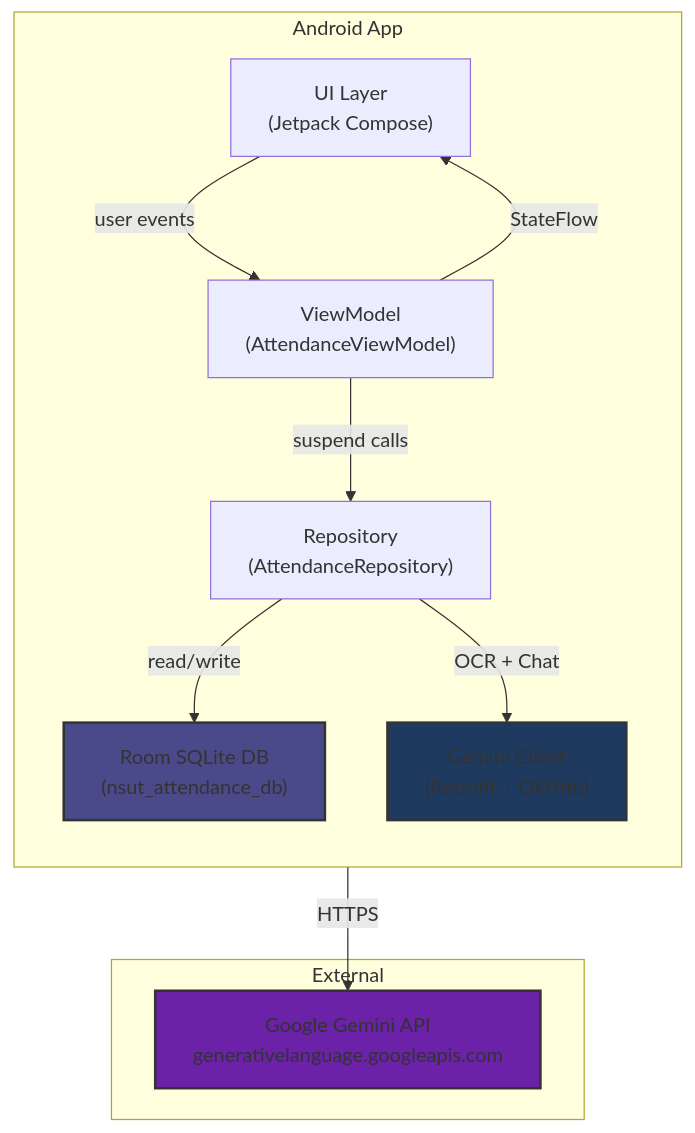
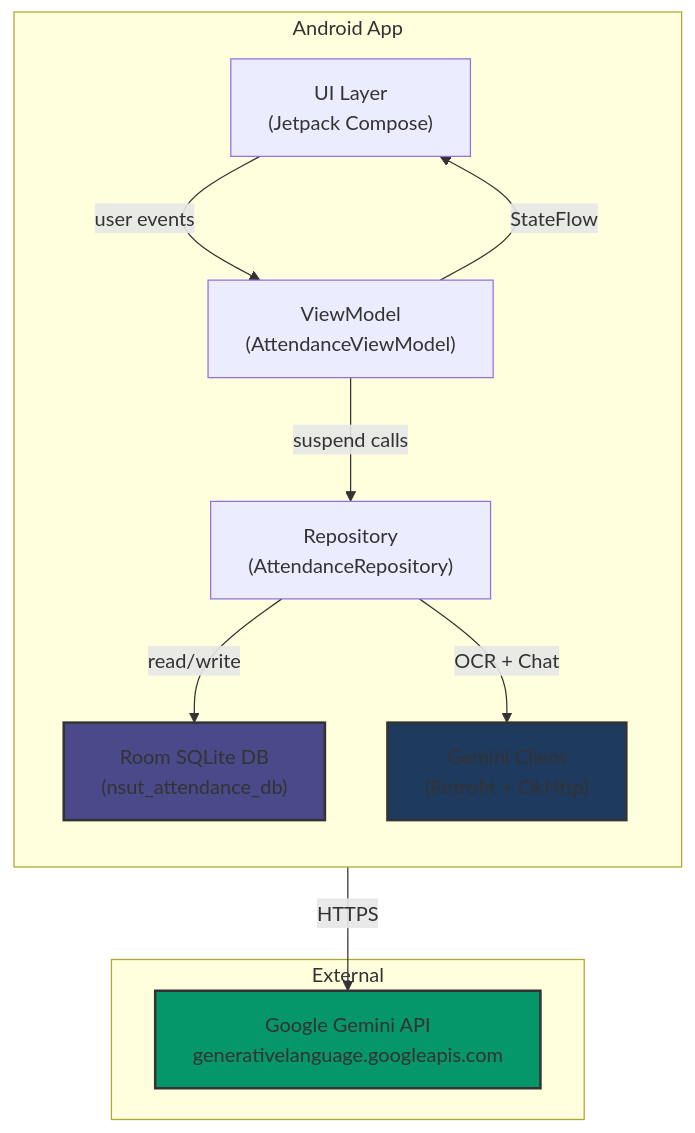
Before and after one commit to SACHINN122/nsut_bot: the third of 4 diagrams in README.md, drawn with Mermaid. The commit also changed other lines of this file and 1 other file, not shown here.

Commit message:
Fix Mermaid diagram syntax errors and color visibility

````diff
--- a/README.md
+++ b/README.md
@@ -242,27 +242,27 @@
 ```mermaid
 graph TB
     subgraph Android App
         direction TB
         View["UI Layer<br/>(Jetpack Compose)"]
         VM["ViewModel<br/>(AttendanceViewModel)"]
         Repo["Repository<br/>(AttendanceRepository)"]
         DB["Room SQLite DB<br/>(nsut_attendance_db)"]
         Gemini["Gemini Client<br/>(Retrofit + OkHttp)"]
 
         View -->|"user events"| VM
         VM -->|"StateFlow"| View
         VM -->|"suspend calls"| Repo
         Repo -->|"read/write"| DB
         Repo -->|"OCR + Chat"| Gemini
     end
 
     subgraph External
         GeminiAPI["Google Gemini API<br/>generativelanguage.googleapis.com"]
     end
 
     Gemini -->|"HTTPS"| GeminiAPI
 
     style DB fill:#4a4a8a,stroke:#333,stroke-width:2px
     style Gemini fill:#1e3a5f,stroke:#333,stroke-width:2px
-    style GeminiAPI fill:#6b21a8,stroke:#333,stroke-width:2px
+    style GeminiAPI fill:#059669,stroke:#333,stroke-width:2px
 ```
````
